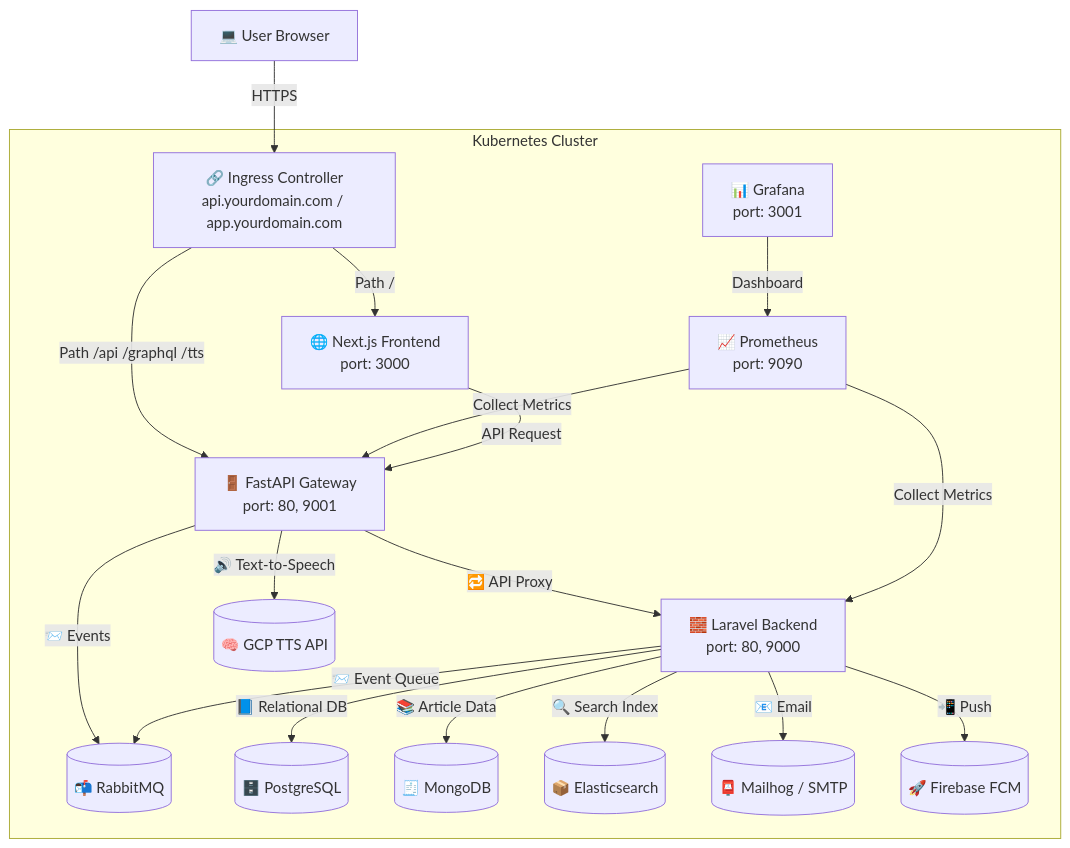
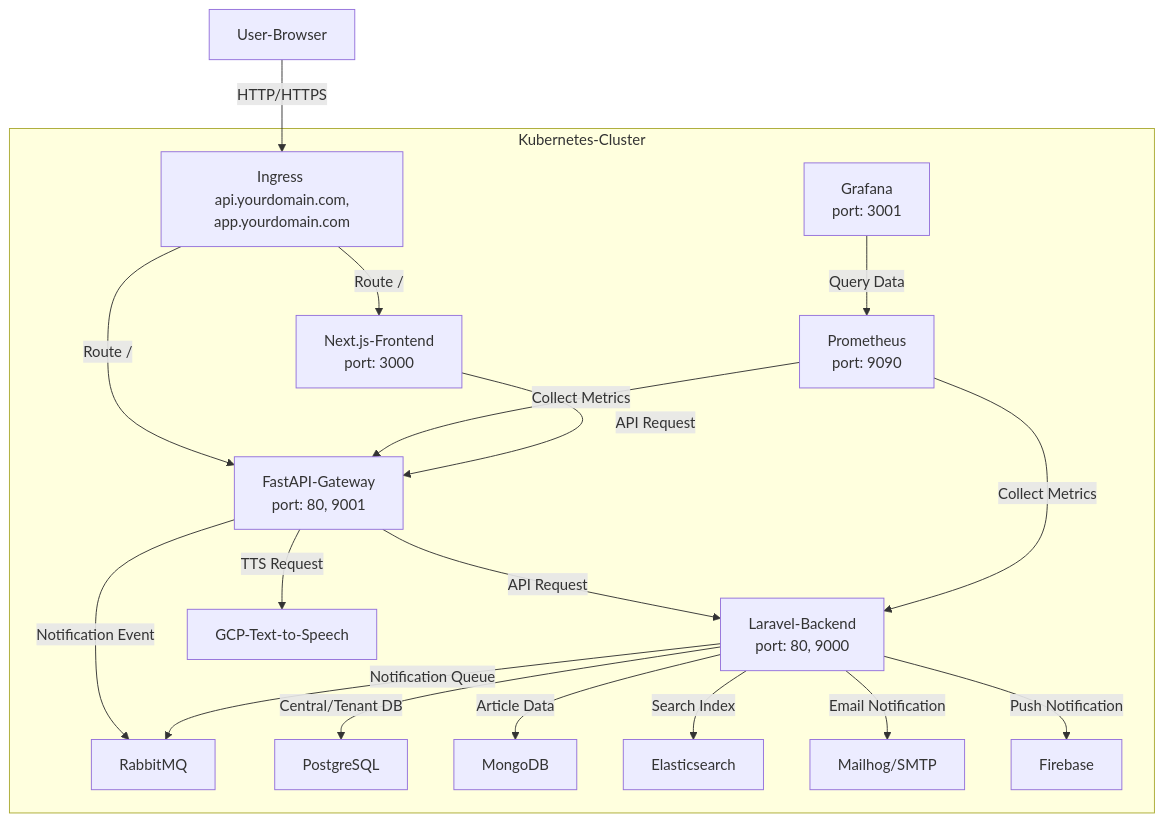
The diagram in README.md (BpsEason/OrbitPress), drawn with Mermaid before and after one commit. The commit also changed other lines of this file, not shown here.

````diff
--- a/README.md
+++ b/README.md
@@ -23,34 +166,26 @@
 ```mermaid
 graph TD
-  %% ========== 外部用戶與入口 ==========
-  A[💻 User Browser] -->|HTTPS| B[🔗 Ingress Controller<br/>api.yourdomain.com / app.yourdomain.com]
+    A[User-Browser] -->|HTTP/HTTPS| B[Ingress <br> api.yourdomain.com, app.yourdomain.com]
+    
+    subgraph Kubernetes-Cluster
+        B -->|Route /| C[FastAPI-Gateway <br> port: 80, 9001]
+        B -->|Route /| D[Next.js-Frontend <br> port: 3000]
+        
+        C -->|API Request| E[Laravel-Backend <br> port: 80, 9000]
+        C -->|TTS Request| F[GCP-Text-to-Speech]
+        C -->|Notification Event| G[RabbitMQ]
+        
+        E -->|Central/Tenant DB| H[PostgreSQL]
+        E -->|Article Data| I[MongoDB]
+        E -->|Search Index| J[Elasticsearch]
+        E -->|Notification Queue| G
+        E -->|Email Notification| K[Mailhog/SMTP]
+        E -->|Push Notification| L[Firebase]
+        
+        M[Prometheus <br> port: 9090] -->|Collect Metrics| C
+        M -->|Collect Metrics| E
+        N[Grafana <br> port: 3001] -->|Query Data| M
+    end
 
-  %% ========== Kubernetes Cluster ==========
-  subgraph Kubernetes Cluster
-
-    %% 前端與 API Gateway
-    B -->|Path / | D[🌐 Next.js Frontend<br/>port: 3000]
-    B -->|Path /api /graphql /tts | C[🚪 FastAPI Gateway<br/>port: 80, 9001]
-
-    %% FastAPI 與後端系統整合
-    C -->|🔁 API Proxy| E[🧱 Laravel Backend<br/>port: 80, 9000]
-    C -->|🔊 Text-to-Speech| F[(🧠 GCP TTS API)]
-    C -->|📨 Events| G[(📬 RabbitMQ)]
-
-    %% Laravel 與資料層整合
-    E -->|📘 Relational DB| H[(🗄️ PostgreSQL)]
-    E -->|📚 Article Data| I[(🧾 MongoDB)]
-    E -->|🔍 Search Index| J[(📦 Elasticsearch)]
-    E -->|📧 Email| K[(📮 Mailhog / SMTP)]
-    E -->|📲 Push| L[(🚀 Firebase FCM)]
-    E -->|📨 Event Queue| G
-
-    %% 觀測系統與指標追蹤
-    M[📈 Prometheus<br/>port: 9090] -->|Collect Metrics| C
-    M -->|Collect Metrics| E
-    N[📊 Grafana<br/>port: 3001] -->|Dashboard| M
-  end
-
-  %% Next.js 與 FastAPI 閘道串接
-  D -->|API Request| C
+    D -->|API Request| C
 ```
````
